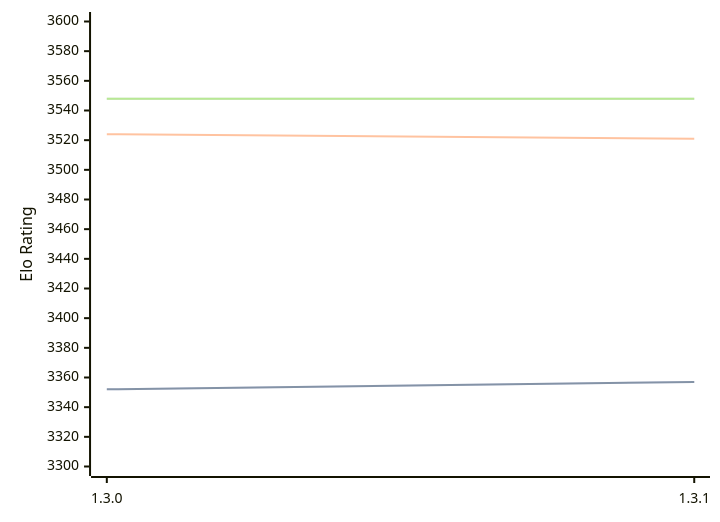
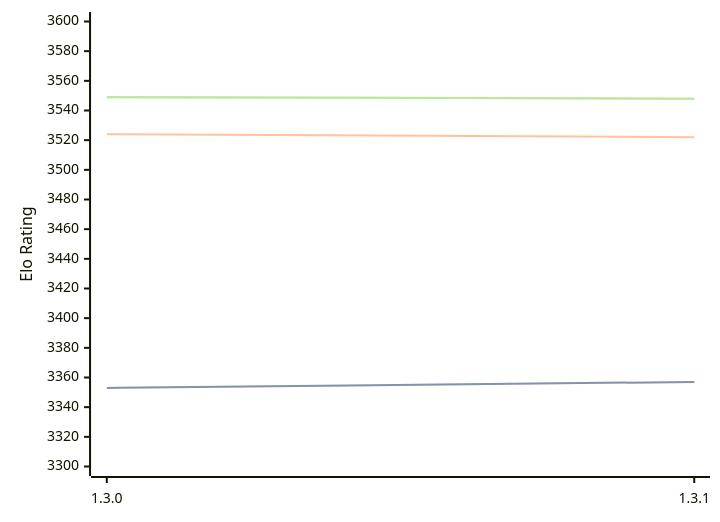
The diagram in engines/Renegade.md (computer-chess-index/cci), drawn with Mermaid before and after one commit. The commit also changed other lines of this file, not shown here.

Commit message:
Update CCI Ratings (ELO VLTC) - 2026-10-08

````diff
--- a/engines/Renegade.md
+++ b/engines/Renegade.md
@@ -33,11 +33,11 @@
 ```mermaid
 %%{init: {"theme":"base","themeVariables":{"seriesColors:['#a3a3a3','#222221','#faa371']}}}%%
 xychart-beta
   x-axis ["1.3.0", "1.3.1"]
   y-axis "Elo Rating" 3300 --> 3600
-  line "" [3352, 3357]
-  line "STC (8.0+0.08s)" [3352, 3357]
-  line "LTC (60.0+0.60s)" [3524, 3521]
-  line "" [3548, 3548]
-  line "VLTC (2m24s+1.12s)" [3548, 3548]
+  line "" [3353, 3357]
+  line "STC (8.0+0.08s)" [3353, 3357]
+  line "LTC (60.0+0.60s)" [3524, 3522]
+  line "" [3549, 3548]
+  line "VLTC (2m24s+1.12s)" [3549, 3548]
 ```
````
